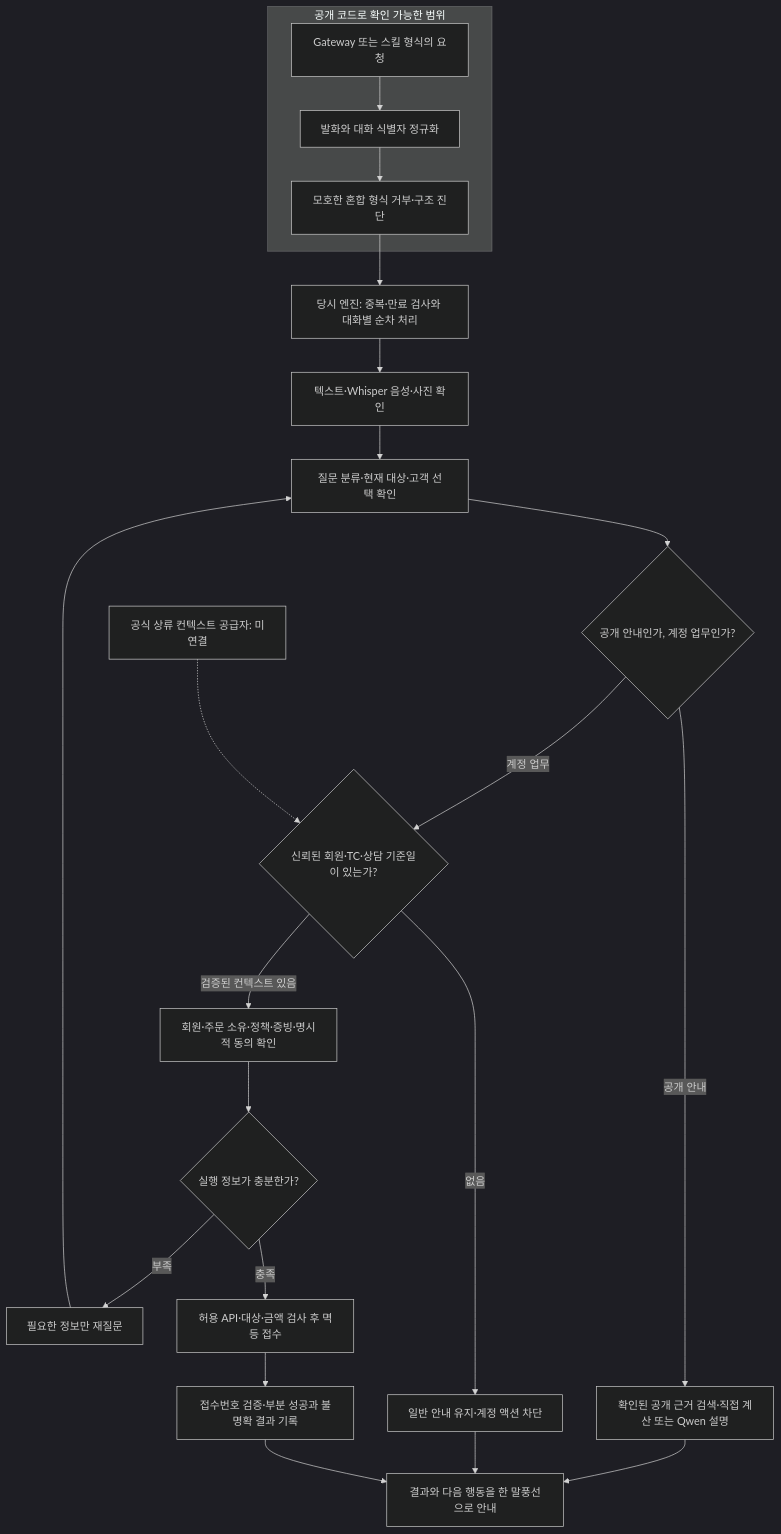
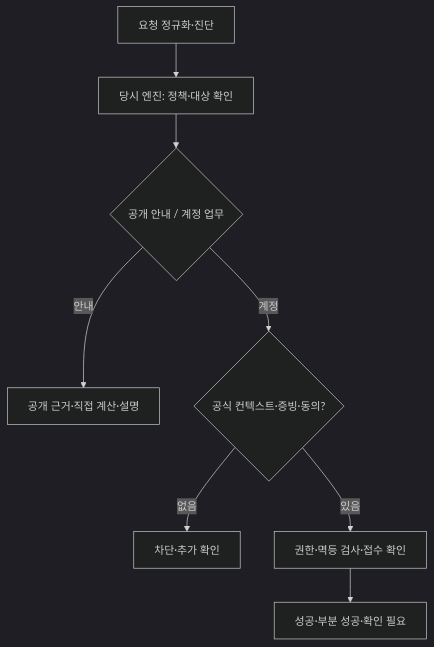
The third of 3 diagrams in README.md (Engineer3rd-Class-Kimmin/ai-top-100_cacao), drawn with Mermaid (dark theme) before and after one commit. The commit also changed other lines of this file and 2 other files, not shown here.

Commit message:
docs: explain project flow and verification evidence (ai-assisted)

````diff
--- a/README.md
+++ b/README.md
@@ -19,24 +65,9 @@
 ```mermaid
-flowchart TD
-    subgraph Public["공개 코드로 확인 가능한 범위"]
-        A["Gateway 또는 스킬 형식의 요청"] --> B["발화와 대화 식별자 정규화"]
-        B --> C["모호한 혼합 형식 거부·구조 진단"]
-    end
-    C --> D["당시 엔진: 중복·만료 검사와 대화별 순차 처리"]
-    D --> E["텍스트·Whisper 음성·사진 확인"]
-    E --> F["질문 분류·현재 대상·고객 선택 확인"]
-    F --> G{"공개 안내인가, 계정 업무인가?"}
-    G -->|공개 안내| H["확인된 공개 근거 검색·직접 계산 또는 Qwen 설명"]
-    G -->|계정 업무| I{"신뢰된 회원·TC·상담 기준일이 있는가?"}
-    U["공식 상류 컨텍스트 공급자: 미연결"] -.-> I
-    I -->|없음| J["일반 안내 유지·계정 액션 차단"]
-    I -->|검증된 컨텍스트 있음| K["회원·주문 소유·정책·증빙·명시적 동의 확인"]
-    K --> L{"실행 정보가 충분한가?"}
-    L -->|부족| M["필요한 정보만 재질문"]
-    M --> F
-    L -->|충족| N["허용 API·대상·금액 검사 후 멱등 접수"]
-    N --> O["접수번호 검증·부분 성공과 불명확 결과 기록"]
-    H --> P["결과와 다음 행동을 한 말풍선으로 안내"]
-    J --> P
-    O --> P
+flowchart TB
+ A["요청 정규화·진단"] --> B["당시 엔진: 정책·대상 확인"] --> C{"공개 안내 / 계정 업무"}
+ C -->|안내| D["공개 근거·직접 계산·설명"]
+ C -->|계정| E{"공식 컨텍스트·증빙·동의?"}
+ E -->|없음| X["차단·추가 확인"]
+ E -->|있음| F["권한·멱등 검사·접수 확인"]
+ F --> G["성공·부분 성공·확인 필요"]
 ```
````
